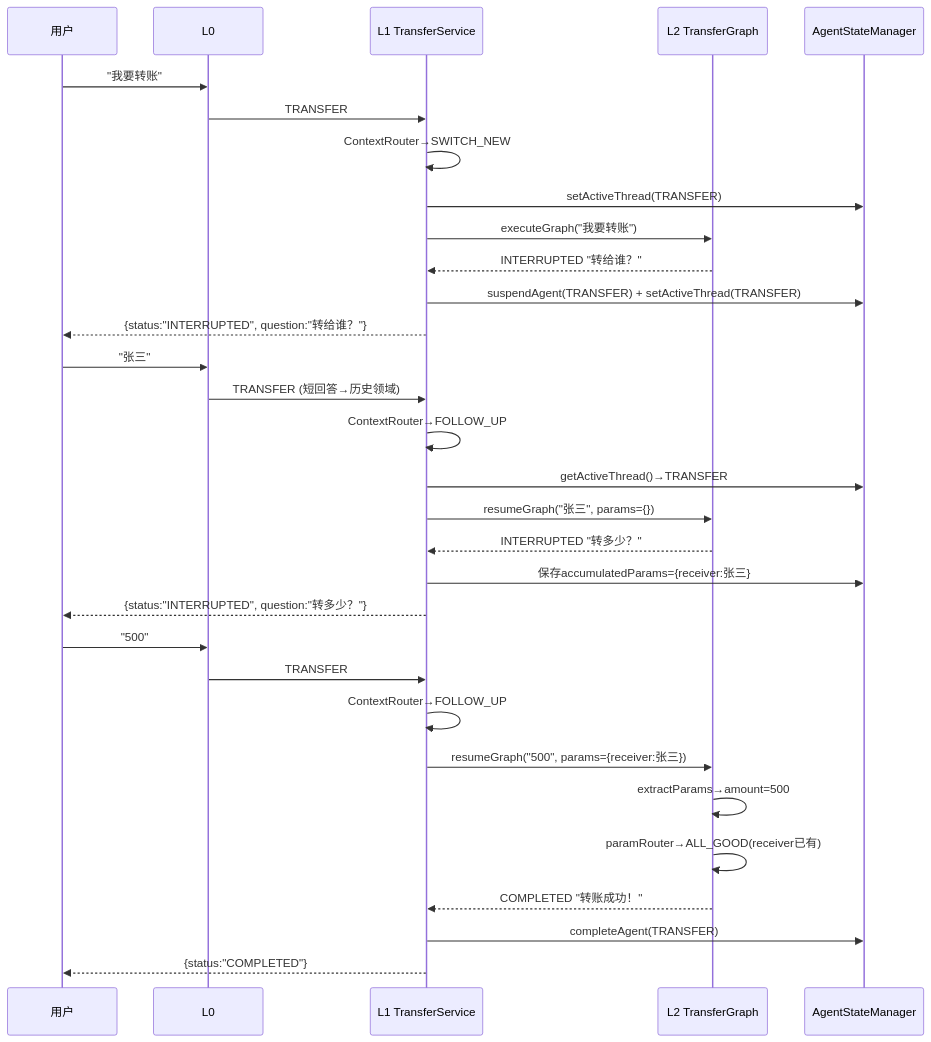
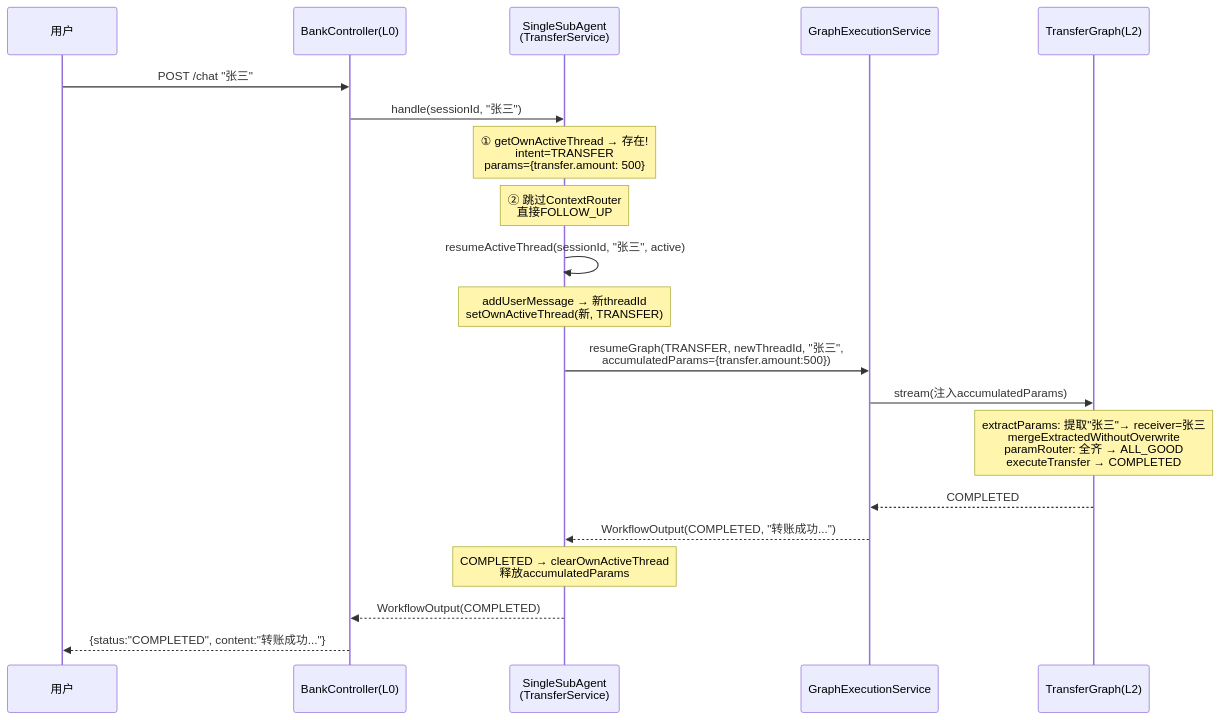
The sixth of 17 diagrams in ARCHITECTURE-FULL.md (michael-lin-45/mobile-ai-bank-demo---workbuddy), drawn with Mermaid before and after one commit. The commit also changed other lines of this file and 9 other files, not shown here.

````diff
--- a/ARCHITECTURE-FULL.md
+++ b/ARCHITECTURE-FULL.md
@@ -500,36 +487,26 @@
 ```mermaid
 sequenceDiagram
     participant U as 用户
-    participant L0 as L0
-    participant L1 as L1 TransferService
-    participant L2 as L2 TransferGraph
-    participant SM as AgentStateManager
+    participant BC as BankController(L0)
+    participant SSAD as SingleSubAgent<br/>(TransferService)
+    participant GES as GraphExecutionService
+    participant TG as TransferGraph(L2)
+
+    U->>BC: POST /chat "张三"
+    BC->>SSAD: handle(sessionId, "张三")
     
-    U->>L0: "我要转账"
-    L0->>L1: TRANSFER
-    L1->>L1: ContextRouter→SWITCH_NEW
-    L1->>SM: setActiveThread(TRANSFER)
-    L1->>L2: executeGraph("我要转账")
-    L2-->>L1: INTERRUPTED "转给谁？"
-    L1->>SM: suspendAgent(TRANSFER) + setActiveThread(TRANSFER)
-    L1-->>U: {status:"INTERRUPTED", question:"转给谁？"}
+    Note over SSAD: ① getOwnActiveThread → 存在!<br/>intent=TRANSFER<br/>params={transfer.amount: 500}
+    Note over SSAD: ② 跳过ContextRouter<br/>直接FOLLOW_UP
     
-    U->>L0: "张三"
-    L0->>L1: TRANSFER (短回答→历史领域)
-    L1->>L1: ContextRouter→FOLLOW_UP
-    L1->>SM: getActiveThread()→TRANSFER
-    L1->>L2: resumeGraph("张三", params={})
-    L2-->>L1: INTERRUPTED "转多少？"
-    L1->>SM: 保存accumulatedParams={receiver:张三}
-    L1-->>U: {status:"INTERRUPTED", question:"转多少？"}
+    SSAD->>SSAD: resumeActiveThread(sessionId, "张三", active)
+    Note over SSAD: addUserMessage → 新threadId<br/>setOwnActiveThread(新, TRANSFER)
+    SSAD->>GES: resumeGraph(TRANSFER, newThreadId, "张三",<br/>accumulatedParams={transfer.amount:500})
+    GES->>TG: stream(注入accumulatedParams)
+    Note over TG: extractParams: 提取"张三"→ receiver=张三<br/>mergeExtractedWithoutOverwrite<br/>paramRouter: 全齐 → ALL_GOOD<br/>executeTransfer → COMPLETED
+    TG-->>GES: COMPLETED
+    GES-->>SSAD: WorkflowOutput(COMPLETED, "转账成功...")
     
-    U->>L0: "500"
-    L0->>L1: TRANSFER
-    L1->>L1: ContextRouter→FOLLOW_UP
-    L1->>L2: resumeGraph("500", params={receiver:张三})
-    L2->>L2: extractParams→amount=500
-    L2->>L2: paramRouter→ALL_GOOD(receiver已有)
-    L2-->>L1: COMPLETED "转账成功！"
-    L1->>SM: completeAgent(TRANSFER)
-    L1-->>U: {status:"COMPLETED"}
+    Note over SSAD: COMPLETED → clearOwnActiveThread<br/>释放accumulatedParams
+    SSAD-->>BC: WorkflowOutput(COMPLETED)
+    BC-->>U: {status:"COMPLETED", content:"转账成功..."}
 ```
````
